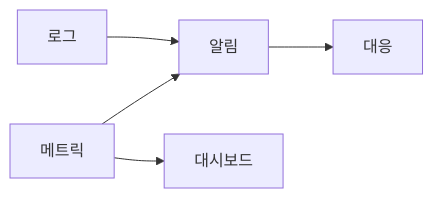
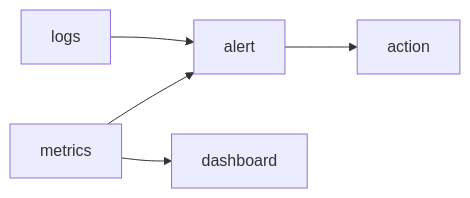
The diagram in content/sre-101/ko/05-monitoring.md (yeongseon-books/book-content), drawn with Mermaid before and after one commit. The commit also changed other lines of this file and 9 other files, not shown here.

````diff
--- a/content/sre-101/ko/05-monitoring.md
+++ b/content/sre-101/ko/05-monitoring.md
@@ -47,7 +53,7 @@
 ```mermaid
 flowchart LR
-    Metrics["메트릭"] --> Alert["알림"]
-    Logs["로그"] --> Alert
-    Alert --> Action["대응"]
-    Metrics --> Dash["대시보드"]
+    Metrics["metrics"] --> Alert["alert"]
+    Logs["logs"] --> Alert
+    Alert --> Action["action"]
+    Metrics --> Dash["dashboard"]
 ```
````
